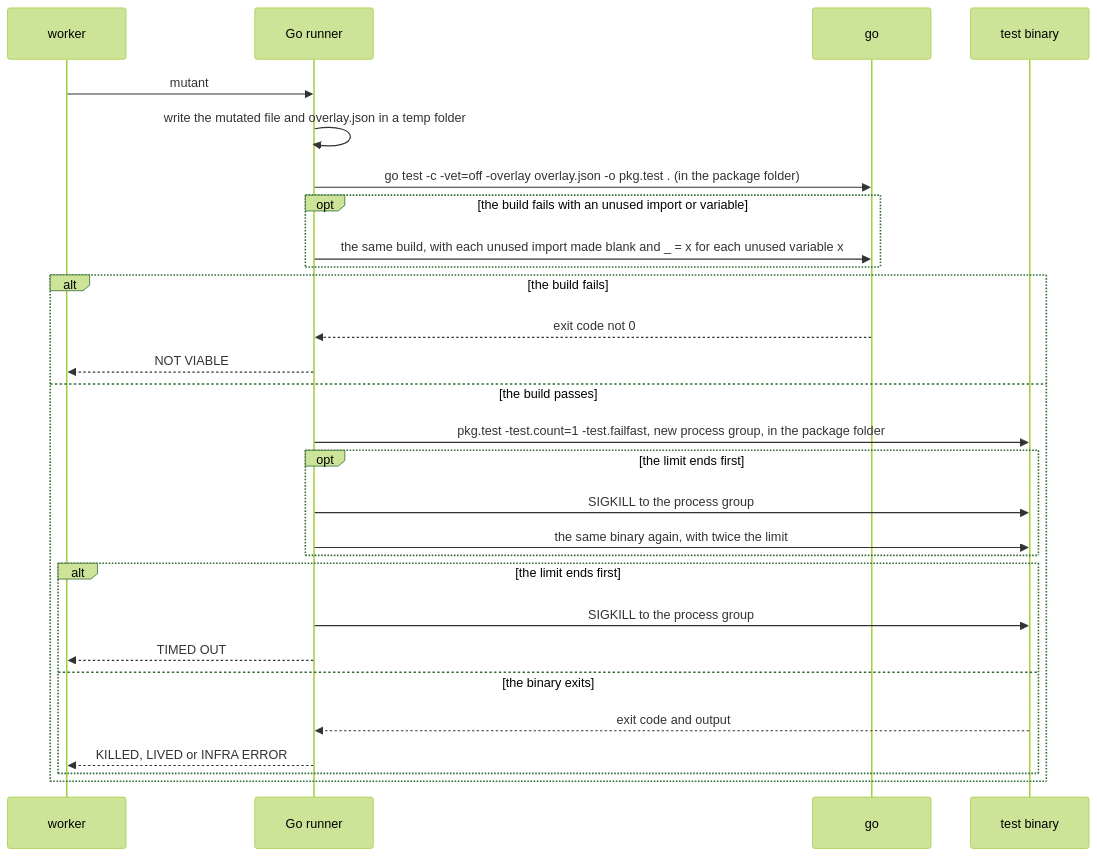
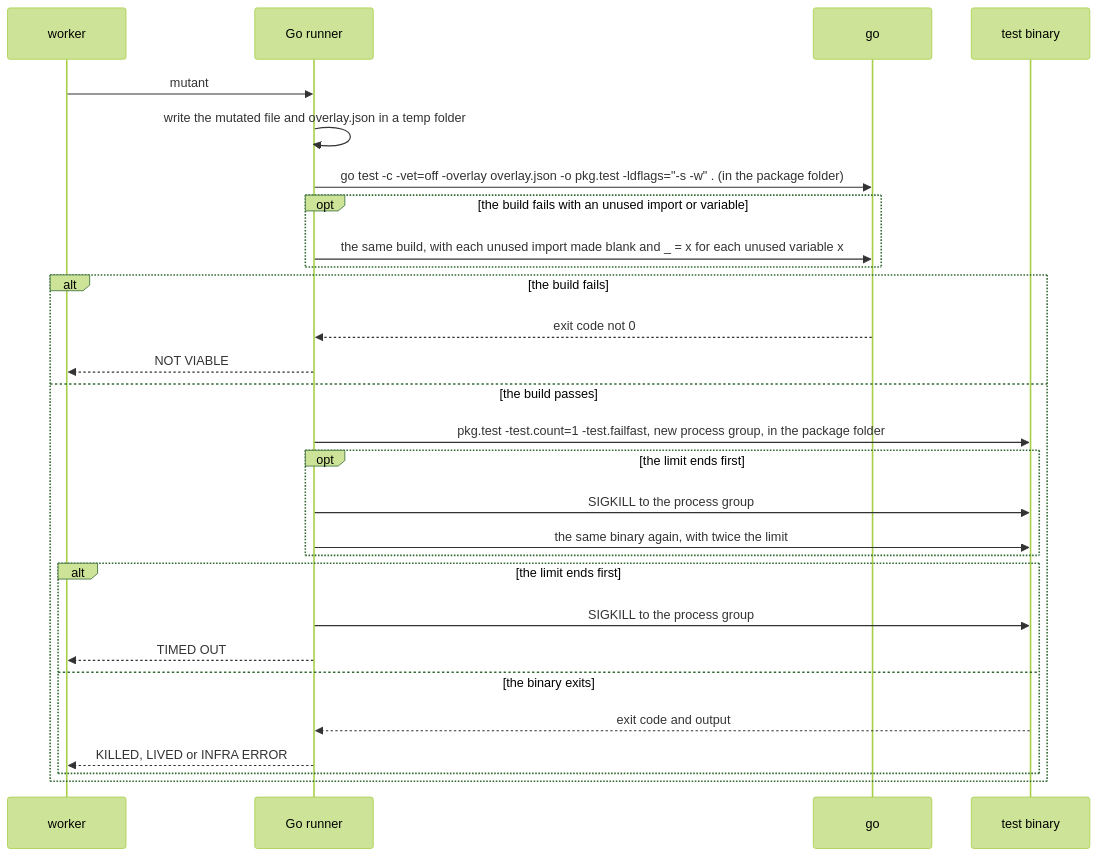
The third of 6 diagrams in docs/design.md (hpcsc/mutants), drawn with Mermaid (forest theme) before and after one commit. The commit also changed other lines of this file and 4 other files, not shown here.

````diff
--- a/docs/design.md
+++ b/docs/design.md
@@ -442,30 +442,30 @@
 ```mermaid
 sequenceDiagram
     participant W as worker
     participant R as Go runner
     participant G as go
     participant B as test binary
     W->>R: mutant
     R->>R: write the mutated file and overlay.json in a temp folder
-    R->>G: go test -c -vet=off -overlay overlay.json -o pkg.test . (in the package folder)
+    R->>G: go test -c -vet=off -overlay overlay.json -o pkg.test -ldflags="-s -w" . (in the package folder)
     opt the build fails with an unused import or variable
         R->>G: the same build, with each unused import made blank and _ = x for each unused variable x
     end
     alt the build fails
         G-->>R: exit code not 0
         R-->>W: NOT VIABLE
     else the build passes
         R->>B: pkg.test -test.count=1 -test.failfast, new process group, in the package folder
         opt the limit ends first
             R->>B: SIGKILL to the process group
             R->>B: the same binary again, with twice the limit
         end
         alt the limit ends first
             R->>B: SIGKILL to the process group
             R-->>W: TIMED OUT
         else the binary exits
             B-->>R: exit code and output
             R-->>W: KILLED, LIVED or INFRA ERROR
         end
     end
 ```
````
